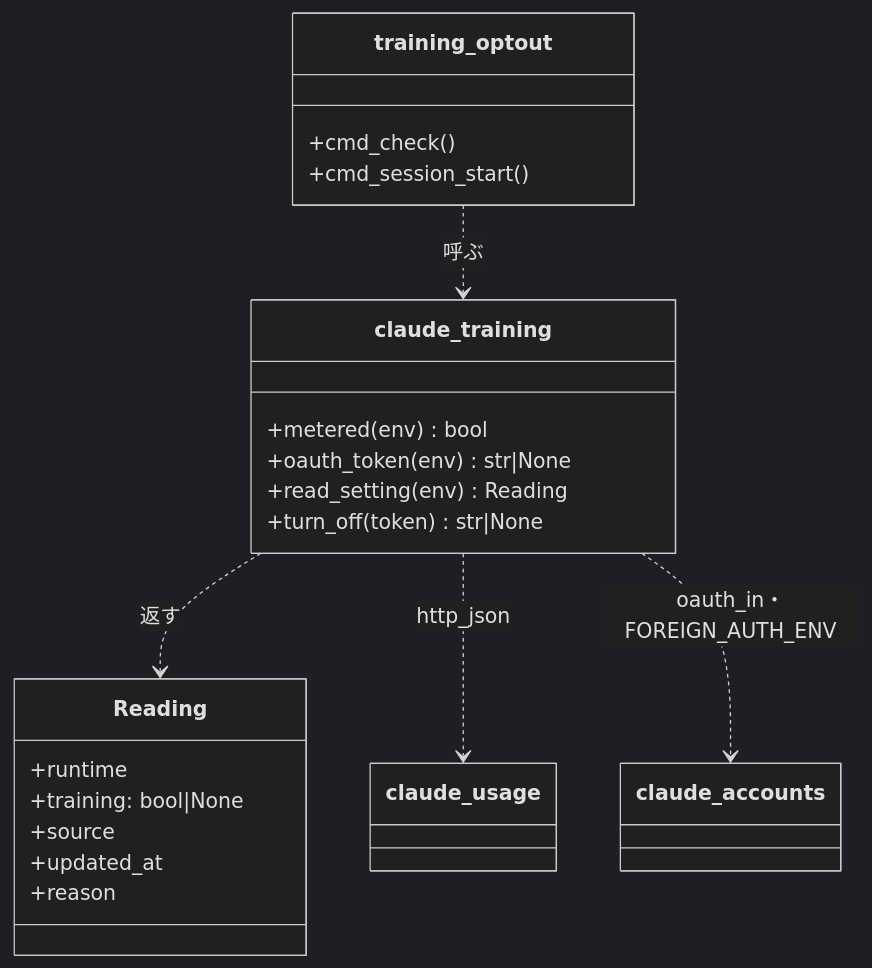
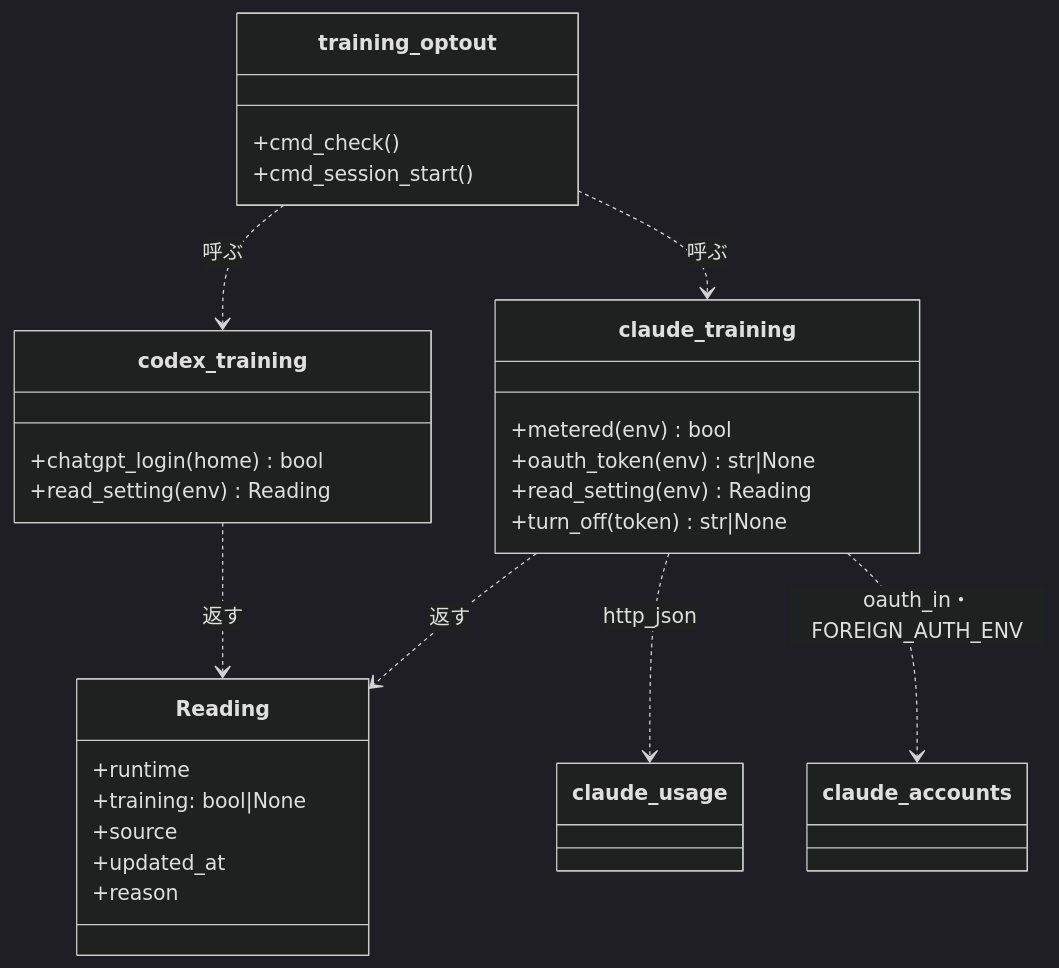
The third of 4 diagrams in issues/issue-1597-design.md (devbasex/ai-plugins), drawn with Mermaid (dark theme) before and after one commit. The commit also changed other lines of this file and 4 other files, not shown here.

````diff
--- a/issues/issue-1597-design.md
+++ b/issues/issue-1597-design.md
@@ -181,24 +202,30 @@
 ```mermaid
 classDiagram
     class Reading {
         +runtime
         +training: bool|None
         +source
         +updated_at
         +reason
     }
     class claude_training {
         +metered(env) bool
         +oauth_token(env) str|None
         +read_setting(env) Reading
         +turn_off(token) str|None
     }
     class training_optout {
         +cmd_check()
         +cmd_session_start()
     }
+    class codex_training {
+        +chatgpt_login(home) bool
+        +read_setting(env) Reading
+    }
     training_optout ..> claude_training: 呼ぶ
+    training_optout ..> codex_training: 呼ぶ
+    codex_training ..> Reading: 返す
     claude_training ..> Reading: 返す
     claude_training ..> claude_usage: http_json
     claude_training ..> claude_accounts: oauth_in・FOREIGN_AUTH_ENV
 ```
````
